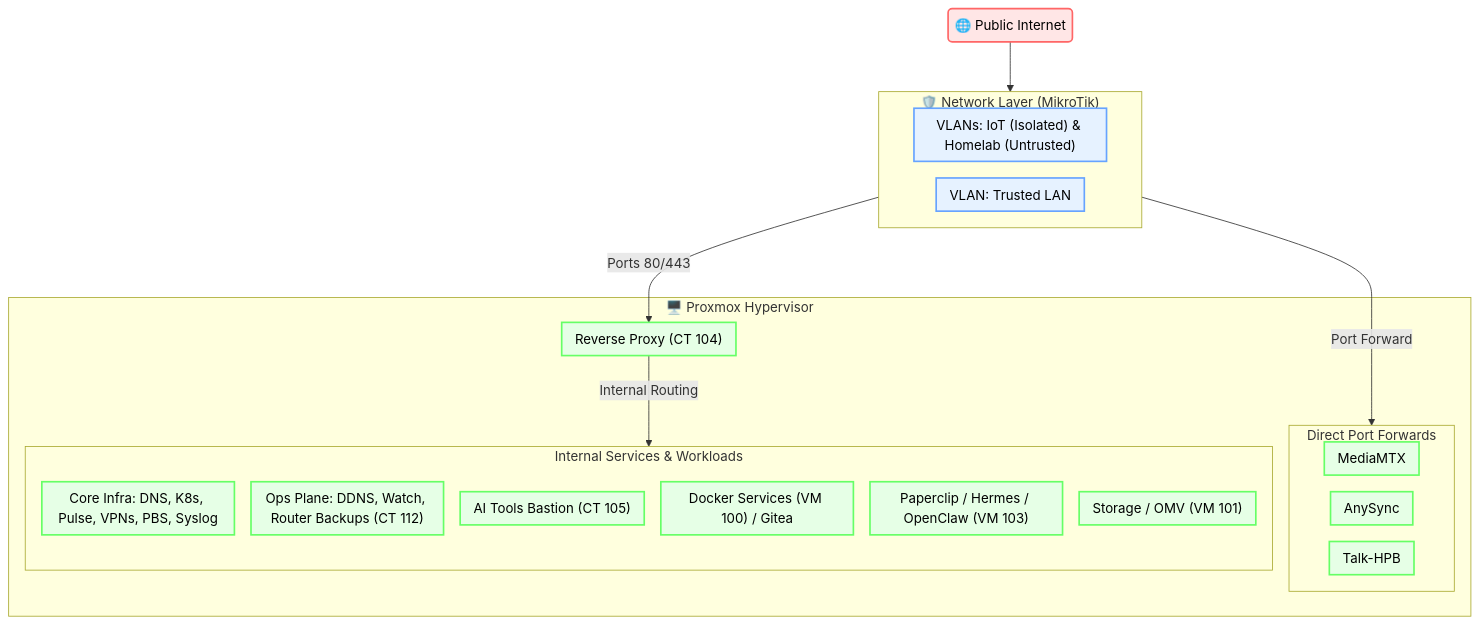
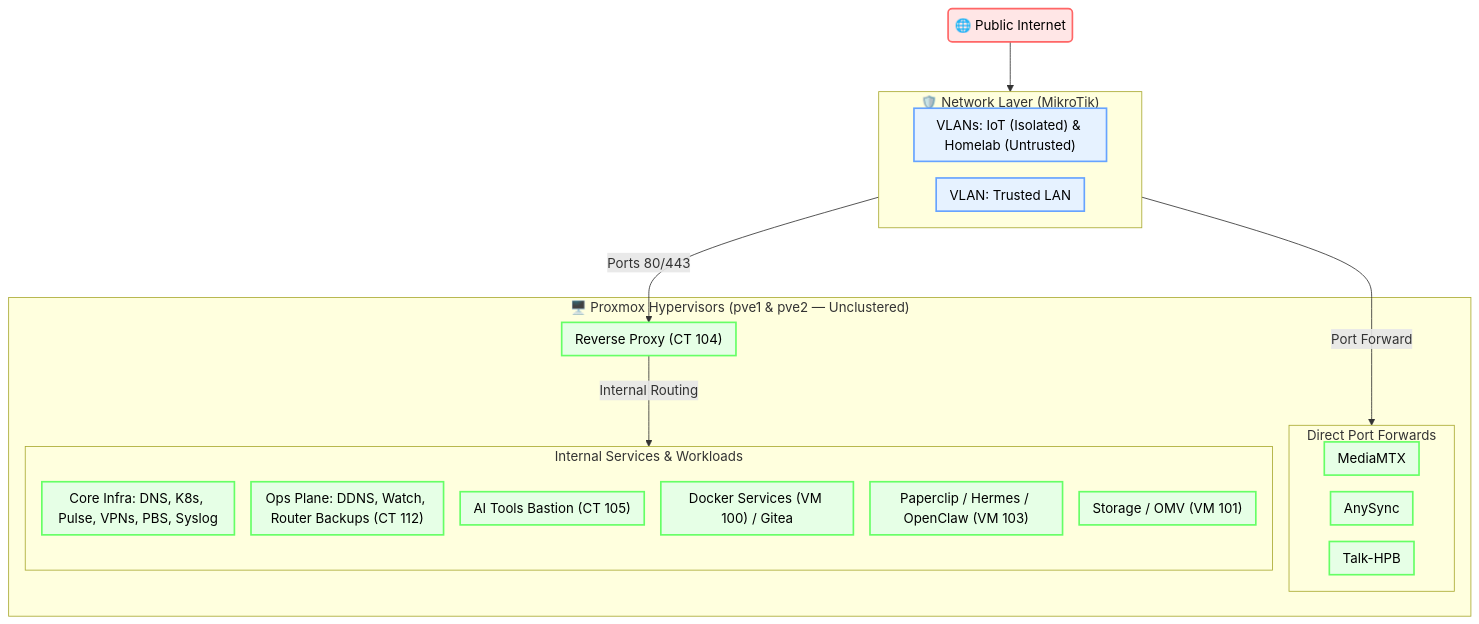
Before and after one commit to KnPk11/homelab: the diagram in README.md, drawn with Mermaid. The commit also changed other lines of this file, not shown here.

Commit message:
docs(readme): add pve2, scratch-pc, and update Raspberry Pi history

````diff
--- a/README.md
+++ b/README.md
@@ -28,44 +28,44 @@
 ```mermaid
 flowchart TD
     %%{init: {"flowchart": {"padding": 8, "nodeSpacing": 20, "rankSpacing": 60}}}%%
     
     WAN("🌐 Public Internet")
     
     subgraph Network["🛡️ Network Layer (MikroTik)"]
         VLAN_MIX["VLANs: IoT (Isolated) & Homelab (Untrusted)"]
         VLAN_LAN["VLAN: Trusted LAN"]
     end
 
-    subgraph Compute["🖥️ Proxmox Hypervisor"]
+    subgraph Compute["🖥️ Proxmox Hypervisors (pve1 & pve2 — Unclustered)"]
         Caddy["Reverse Proxy (CT 104)"]
         
         subgraph DirectPorts["Direct Port Forwards"]
             MediaMTX["MediaMTX"]
             AnySync["AnySync"]
             TalkHPB["Talk-HPB"]
         end
         
         subgraph Services["Internal Services & Workloads"]
             direction TB
             L1["Core Infra: DNS, K8s, Pulse, VPNs, PBS, Syslog"]
             L5["Ops Plane: DDNS, Watch, Router Backups (CT 112)"]
             L6["AI Tools Bastion (CT 105)"]
             L2["Docker Services (VM 100) / Gitea"]
             L4["Paperclip / Hermes / OpenClaw (VM 103)"]
             L3["Storage / OMV (VM 101)"]
         end
     end
 
     WAN --> Network
     Network -->|Ports 80/443| Caddy
     Network -- "Port Forward" ---> DirectPorts
     Caddy -->|Internal Routing| Services
 
     classDef wanLayer fill:#ffe6e6,stroke:#ff6666,stroke-width:2px,color:#000;
     classDef netLayer fill:#e6f2ff,stroke:#66a3ff,stroke-width:2px,color:#000;
     classDef compLayer fill:#e6ffe6,stroke:#66ff66,stroke-width:2px,color:#000;
 
     class WAN wanLayer;
     class VLAN_MIX,VLAN_LAN netLayer;
     class Caddy,MediaMTX,AnySync,TalkHPB,L1,L2,L3,L4,L5,L6 compLayer;
 ```
````
